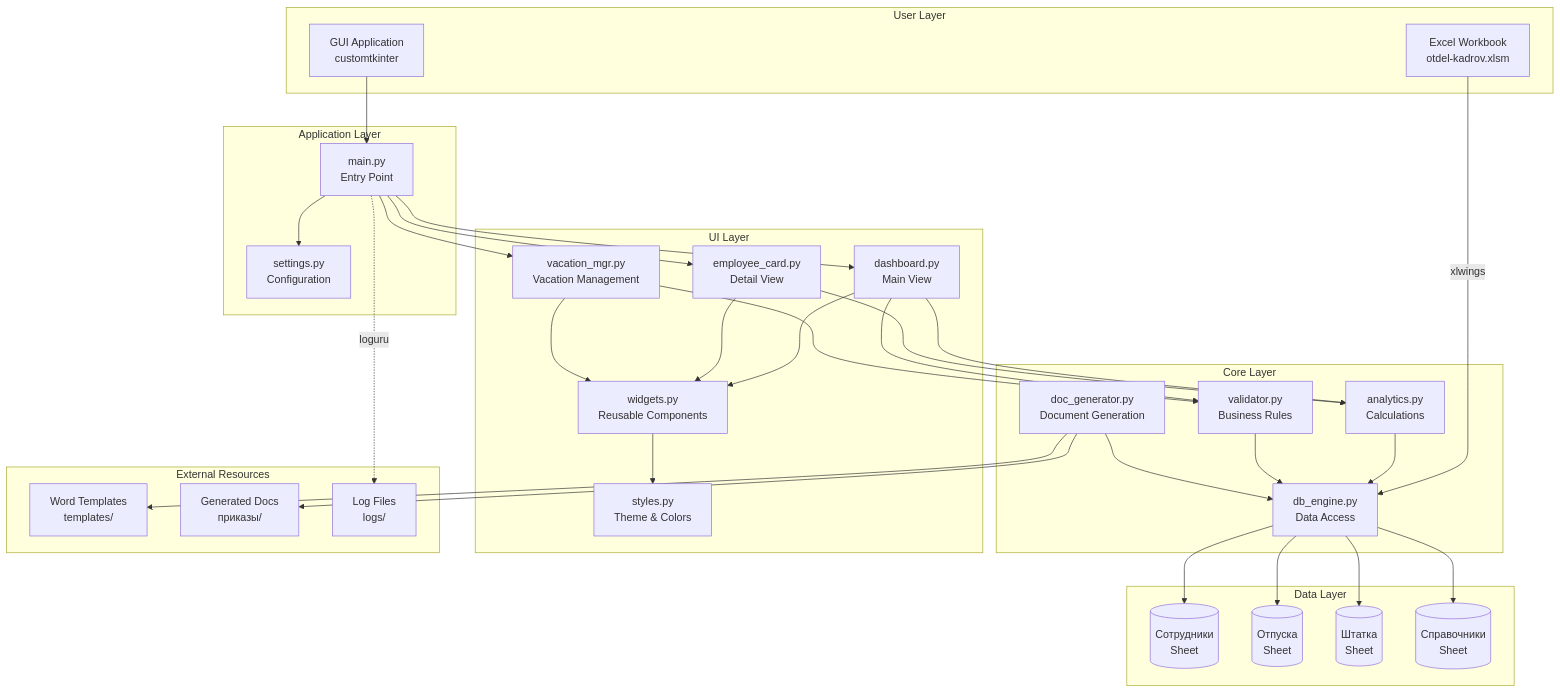
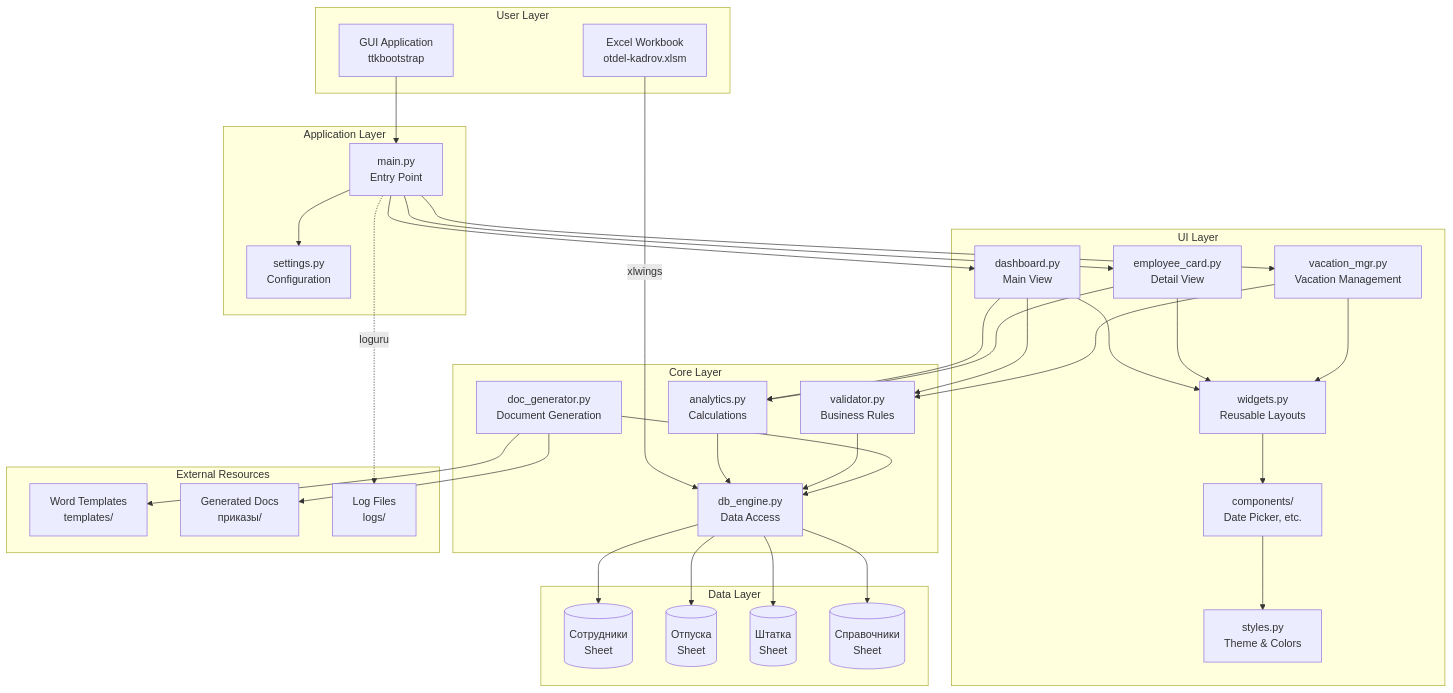
One commit to mavkasgit/otdel-kadrov changed the diagram in .kiro/specs/hrms-system/design.md. Above: the diagram before and after it, drawn with Mermaid. The commit also changed other lines of this file and 4 other files, not shown here.

````diff
--- a/.kiro/specs/hrms-system/design.md
+++ b/.kiro/specs/hrms-system/design.md
@@ -46,70 +46,72 @@
 ```mermaid
 graph TB
     subgraph "User Layer"
         Excel[Excel Workbook<br/>otdel-kadrov.xlsm]
-        GUI[GUI Application<br/>customtkinter]
+        GUI[GUI Application<br/>ttkbootstrap]
     end
     
     subgraph "Application Layer"
         Main[main.py<br/>Entry Point]
         Settings[settings.py<br/>Configuration]
     end
     
     subgraph "Core Layer"
         DB[db_engine.py<br/>Data Access]
         Analytics[analytics.py<br/>Calculations]
         Validator[validator.py<br/>Business Rules]
         DocGen[doc_generator.py<br/>Document Generation]
     end
     
     subgraph "UI Layer"
         Styles[styles.py<br/>Theme & Colors]
-        Widgets[widgets.py<br/>Reusable Components]
+        Components[components/<br/>Date Picker, etc.]
+        Widgets[widgets.py<br/>Reusable Layouts]
         Dashboard[dashboard.py<br/>Main View]
         EmployeeCard[employee_card.py<br/>Detail View]
         VacationMgr[vacation_mgr.py<br/>Vacation Management]
     end
     
     subgraph "Data Layer"
         Employees[(Сотрудники<br/>Sheet)]
         Vacations[(Отпуска<br/>Sheet)]
         Staff[(Штатка<br/>Sheet)]
         References[(Справочники<br/>Sheet)]
     end
     
     subgraph "External Resources"
         Templates[Word Templates<br/>templates/]
         Reports[Generated Docs<br/>приказы/]
         Logs[Log Files<br/>logs/]
     end
     
     Excel -->|xlwings| DB
     GUI --> Main
     Main --> Settings
     Main --> Dashboard
     Main --> EmployeeCard
     Main --> VacationMgr
     
     Dashboard --> Widgets
     EmployeeCard --> Widgets
     VacationMgr --> Widgets
     
-    Widgets --> Styles
+    Widgets --> Components
+    Components --> Styles
     Dashboard --> Analytics
     Dashboard --> Validator
     EmployeeCard --> Analytics
     VacationMgr --> Validator
     
     DB --> Employees
     DB --> Vacations
     DB --> Staff
     DB --> References
     
     Analytics --> DB
     Validator --> DB
     DocGen --> DB
     DocGen --> Templates
     DocGen --> Reports
     
     Main -.->|loguru| Logs
 ```
````
